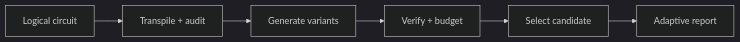
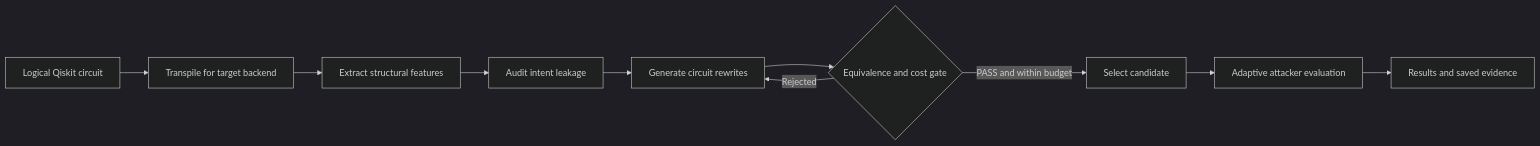
Before and after one commit to Usainbond007/Quantum-Privacy-Firewall: the first of 5 diagrams in README.md, drawn with Mermaid (dark theme). The commit also changed other lines of this file, not shown here.

````diff
--- a/README.md
+++ b/README.md
@@ -48,8 +28,12 @@
 ```mermaid
 flowchart LR
-    A[Logical circuit] --> B[Transpile + audit]
-    B --> C[Generate variants]
-    C --> D[Verify + budget]
-    D --> E[Select candidate]
-    E --> F[Adaptive report]
+    A[Logical Qiskit circuit] --> B[Transpile for target backend]
+    B --> C[Extract structural features]
+    C --> D[Audit intent leakage]
+    D --> E[Generate circuit rewrites]
+    E --> F{Equivalence and cost gate}
+    F -->|PASS and within budget| G[Select candidate]
+    F -->|Rejected| E
+    G --> H[Adaptive attacker evaluation]
+    H --> I[Results and saved evidence]
 ```
````
